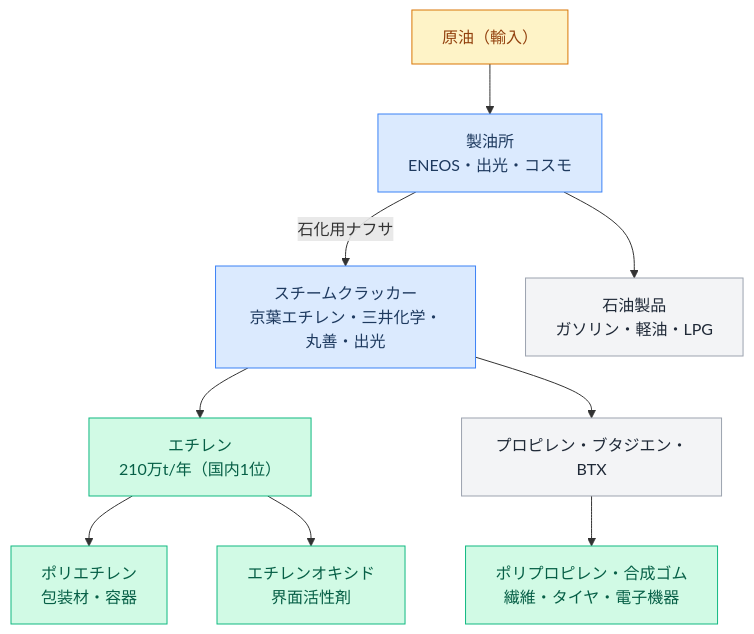
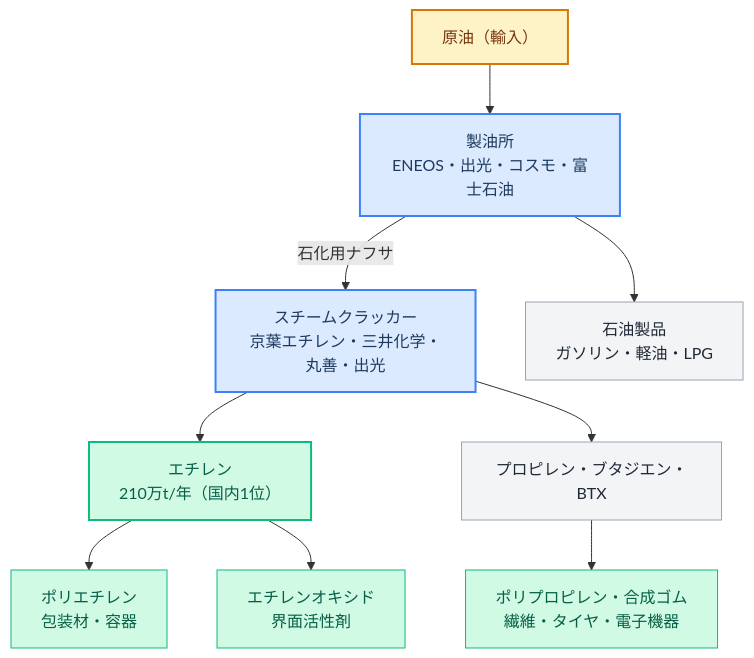
Before and after one commit to nanjakorewa/GeoGuessrTips: the first of 2 diagrams in src/content/industry/japan-combinat/keiyo/_index.ja.md, drawn with Mermaid. The commit also changed other lines of this file and 9 other files, not shown here.

```diff
--- a/src/content/industry/japan-combinat/keiyo/_index.ja.md
+++ b/src/content/industry/japan-combinat/keiyo/_index.ja.md
@@ -41,20 +41,20 @@
 {{% mermaid %}}
 graph TB
-  A["原油（輸入）"]-->B["製油所\nENEOS・出光・コスモ"]
+  A["原油（輸入）"]-->B["製油所\nENEOS・出光・コスモ・富士石油"]
   B-->|"石化用ナフサ"|C["スチームクラッカー\n京葉エチレン・三井化学・丸善・出光"]
   B-->D["石油製品\nガソリン・軽油・LPG"]
   C-->E["エチレン\n210万t/年（国内1位）"]
   C-->F["プロピレン・ブタジエン・BTX"]
   E-->G["ポリエチレン\n包装材・容器"]
   E-->H["エチレンオキシド\n界面活性剤"]
   F-->I["ポリプロピレン・合成ゴム\n繊維・タイヤ・電子機器"]
-  style A fill:#fef3c7,color:#92400e,stroke:#d97706
-  style B fill:#dbeafe,color:#1e3a5f,stroke:#3b82f6
-  style C fill:#dbeafe,color:#1e3a5f,stroke:#3b82f6
+  style A fill:#fef3c7,color:#78350f,stroke:#d97706,stroke-width:2px
+  style B fill:#dbeafe,color:#1e3a5f,stroke:#3b82f6,stroke-width:2px
+  style C fill:#dbeafe,color:#1e3a5f,stroke:#3b82f6,stroke-width:2px
   style D fill:#f3f4f6,color:#1f2937,stroke:#9ca3af
-  style E fill:#d1fae5,color:#065f46,stroke:#10b981
+  style E fill:#d1fae5,color:#065f46,stroke:#10b981,stroke-width:2px
   style F fill:#f3f4f6,color:#1f2937,stroke:#9ca3af
   style G fill:#d1fae5,color:#065f46,stroke:#10b981
   style H fill:#d1fae5,color:#065f46,stroke:#10b981
   style I fill:#d1fae5,color:#065f46,stroke:#10b981
 {{% /mermaid %}}
```
